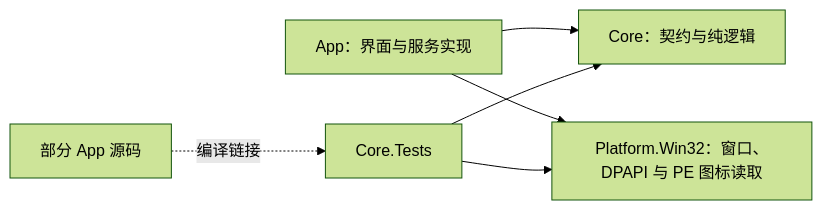
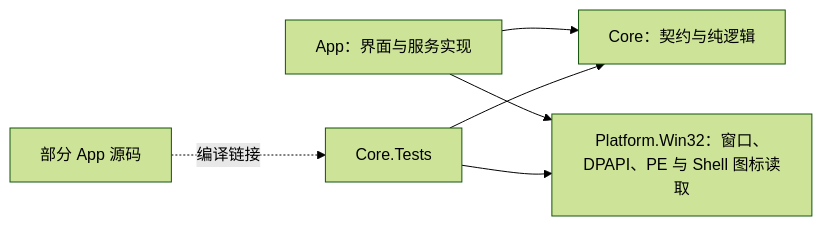
One commit to SRW-OG/githubstore changed the diagram in docs/ARCHITECTURE.md. Above: the diagram before and after it, drawn with Mermaid (forest theme). The commit also changed other lines of this file and 36 other files, not shown here.

````diff
--- a/docs/ARCHITECTURE.md
+++ b/docs/ARCHITECTURE.md
@@ -16,8 +18,8 @@
 ```mermaid
 flowchart LR
     App[App：界面与服务实现] --> Core[Core：契约与纯逻辑]
-    App --> Win32[Platform.Win32：窗口、DPAPI 与 PE 图标读取]
+    App --> Win32[Platform.Win32：窗口、DPAPI、PE 与 Shell 图标读取]
     Tests[Core.Tests] --> Core
     Tests --> Win32
     Linked[部分 App 源码] -. 编译链接 .-> Tests
 ```
````
